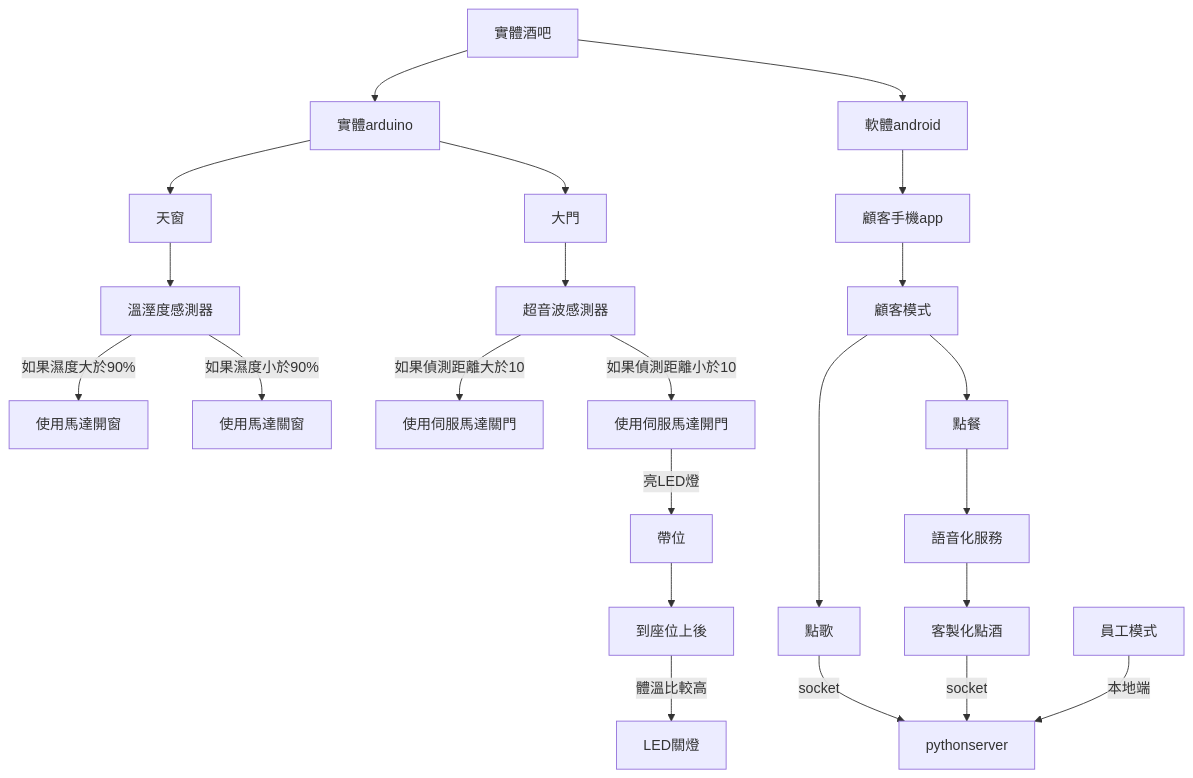
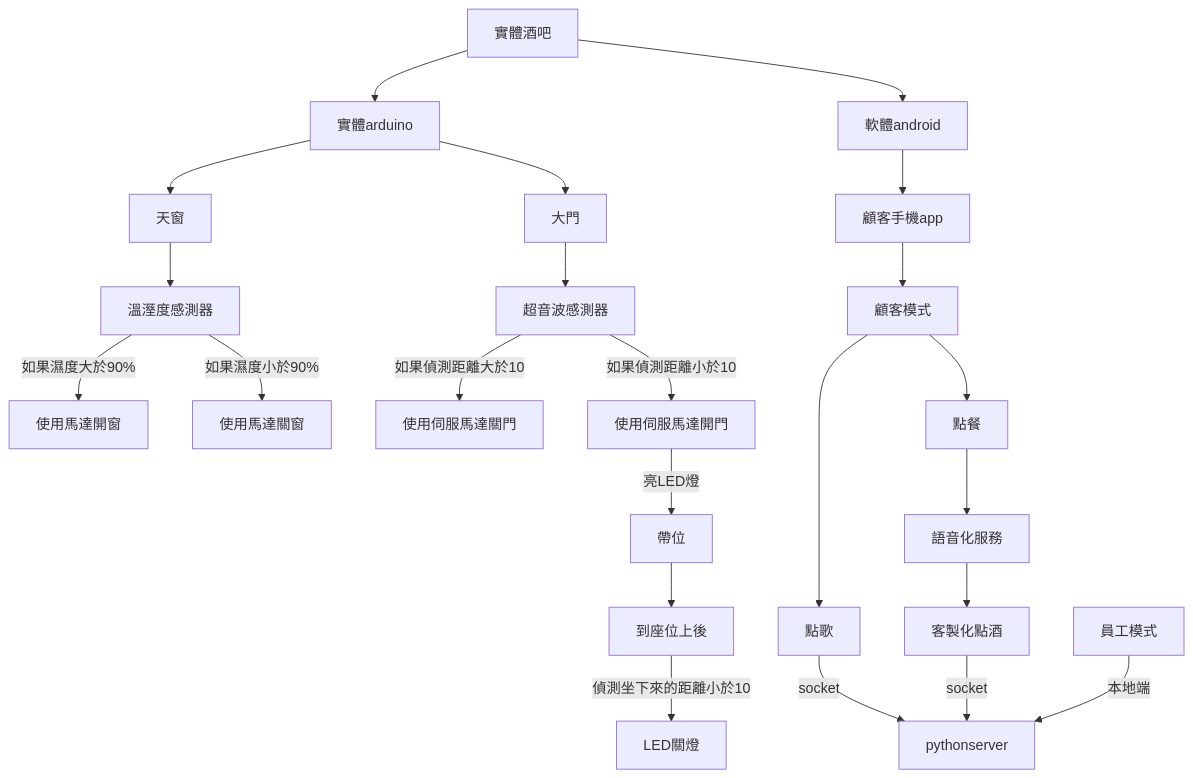
One commit to huskyncu/Bar_Project changed the first of 2 diagrams in README.md. Above: the diagram before and after it, drawn with Mermaid. The commit also changed other lines of this file, not shown here.

````diff
--- a/README.md
+++ b/README.md
@@ -33,18 +33,18 @@
 ```mermaid
 graph TD;
 實體酒吧-->實體arduino;
 實體酒吧-->軟體android;
 實體arduino-->天窗;
 實體arduino-->大門;
 軟體android-->顧客手機app;
 員工模式;
 天窗-->溫溼度感測器-->|如果濕度大於90%|使用馬達開窗;
 溫溼度感測器-->|如果濕度小於90%|使用馬達關窗;
 超音波感測器-->|如果偵測距離大於10|使用伺服馬達關門;
 大門-->超音波感測器-->|如果偵測距離小於10|使用伺服馬達開門-->|亮LED燈|帶位;
-帶位-->到座位上後-->|體溫比較高|LED關燈
+帶位-->到座位上後-->|偵測坐下來的距離小於10|LED關燈
 顧客手機app-->顧客模式;
 顧客模式-->點歌-->|socket|pythonserver;
 顧客模式-->點餐-->語音化服務-->客製化點酒-->|socket|pythonserver;
 員工模式-->|本地端|pythonserver;
 ```
````
